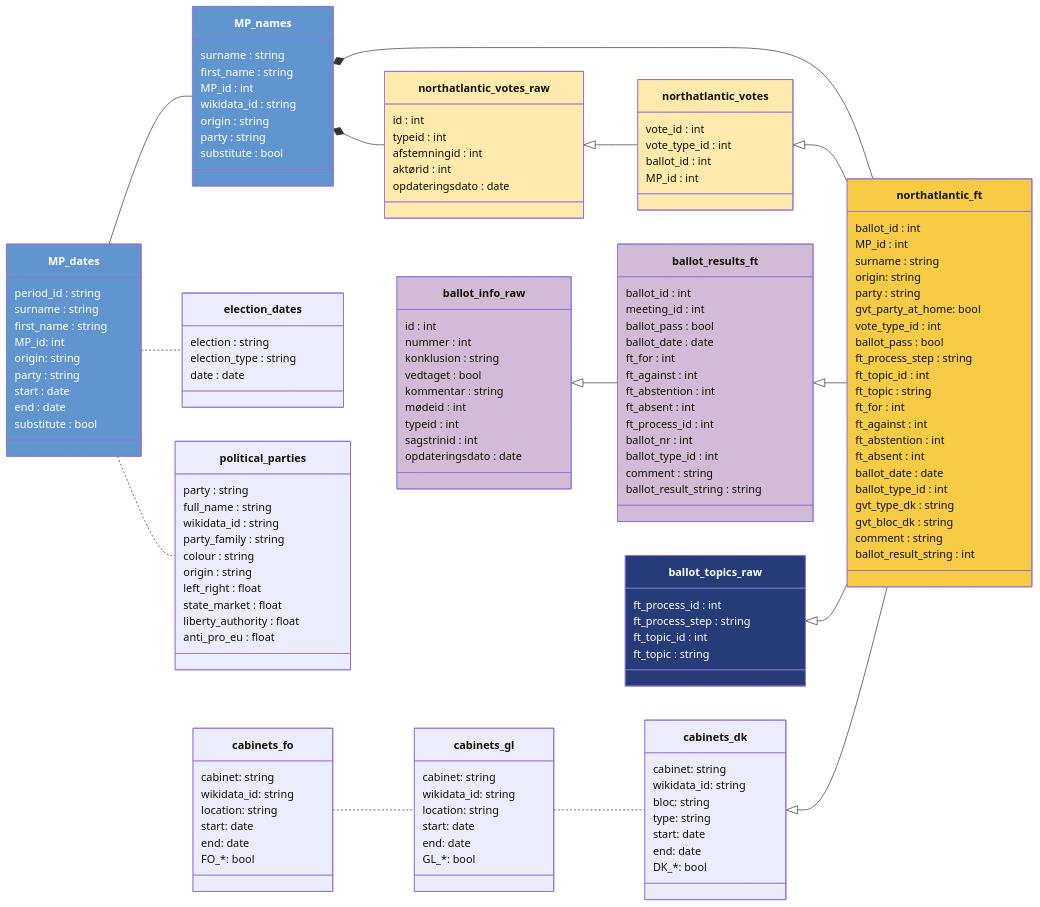
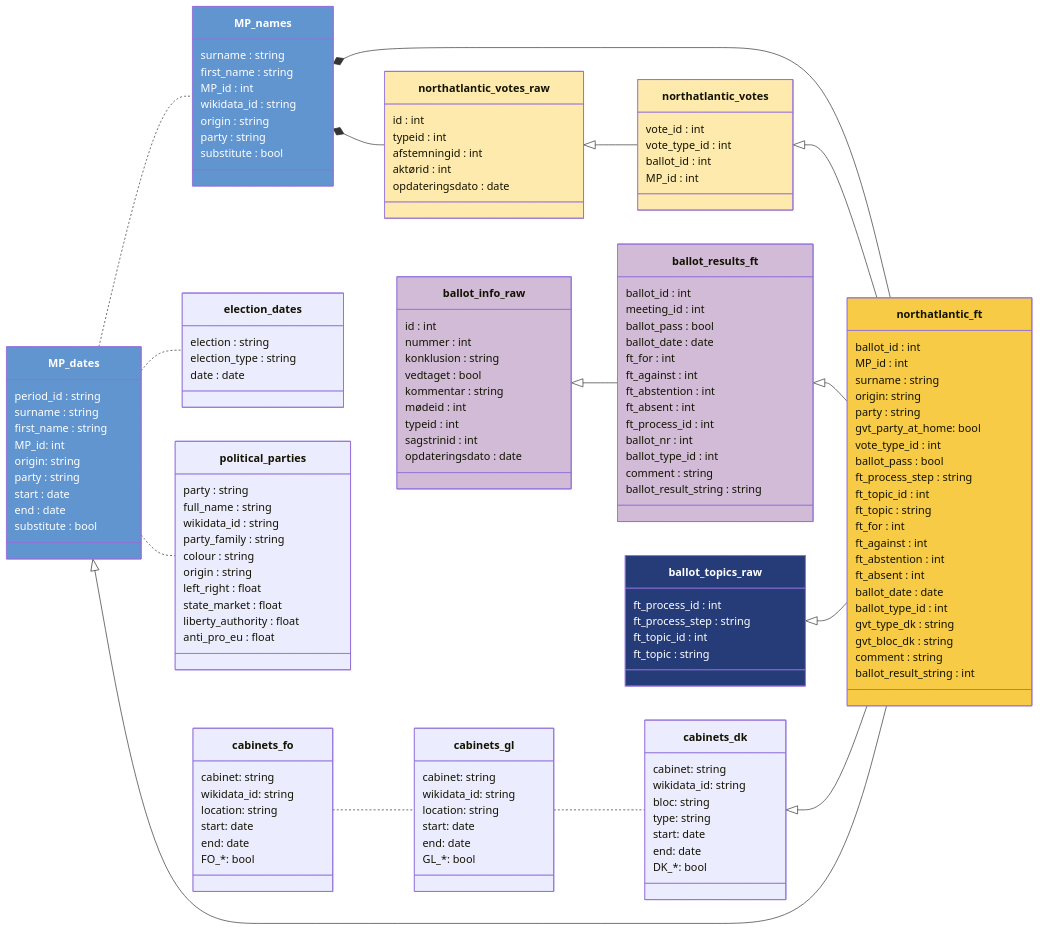
The diagram in docs/codebook.qmd (mtwente/nordatlantisk-ft), drawn with Mermaid before and after one commit.

Commit message:
docs: fix data model dependencies

```diff
--- a/docs/codebook.qmd
+++ b/docs/codebook.qmd
@@ -105,7 +105,7 @@
 classDiagram
     direction LR
 
-    MP_dates -- MP_names
+    MP_dates .. MP_names
     MP_dates .. election_dates
     MP_dates .. political_parties
 
@@ -123,6 +123,8 @@
     cabinets_fo .. cabinets_gl
     cabinets_gl .. cabinets_dk
     cabinets_dk <|-- northatlantic_ft
+
+    MP_dates <|-- northatlantic_ft
 
     class northatlantic_ft {
         ballot_id : int
```
